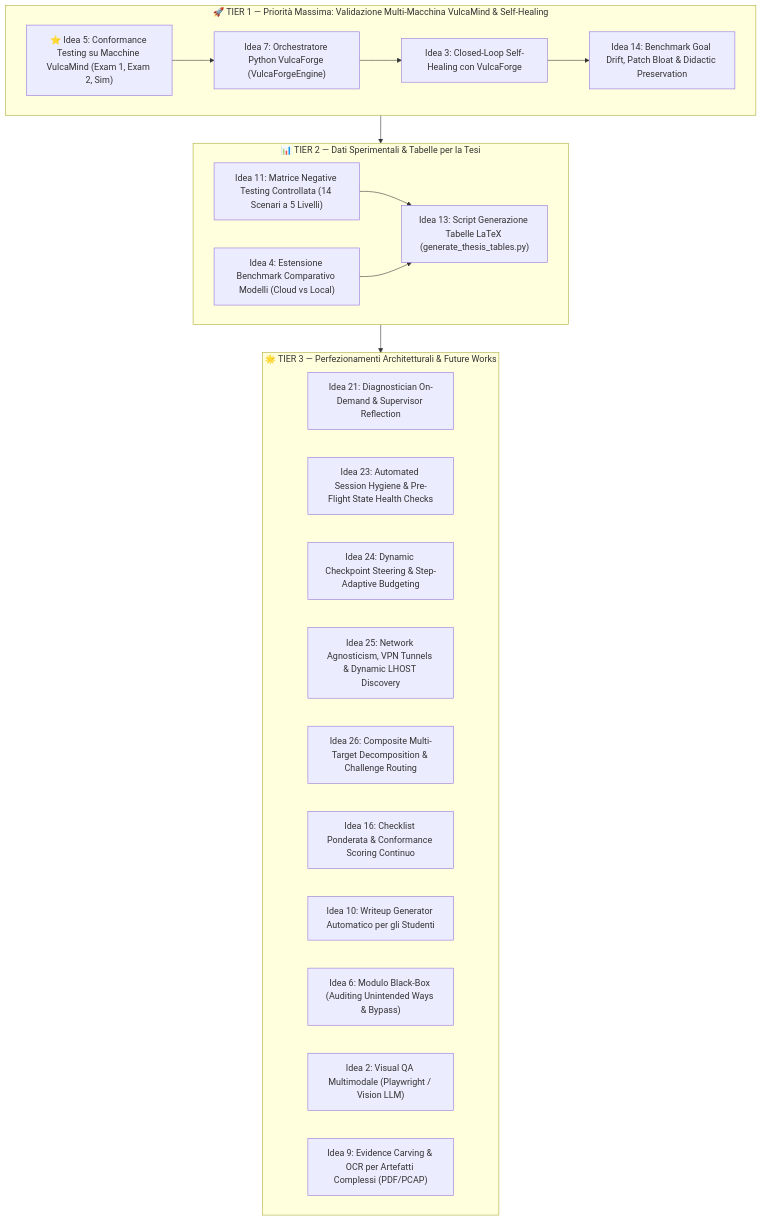
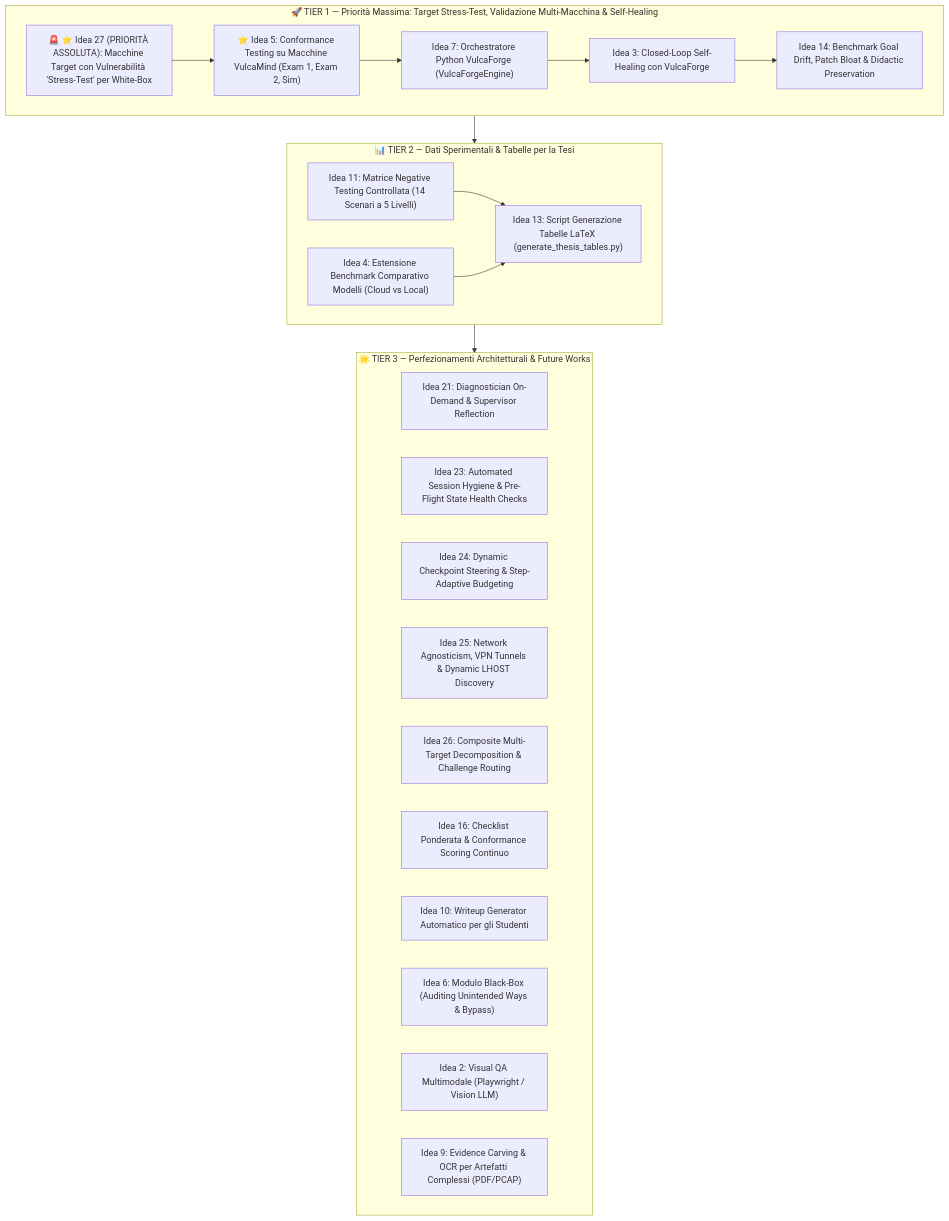
One commit to likingaxis/UNIVE changed the diagram in content/UNI/ANNO 3/TESI/IDEE SPARSE.md. Above: the diagram before and after it, drawn with Mermaid. The commit also changed other lines of this file and 3 other files, not shown here.

````diff
--- a/content/UNI/ANNO 3/TESI/IDEE SPARSE.md
+++ b/content/UNI/ANNO 3/TESI/IDEE SPARSE.md
@@ -12,34 +12,35 @@
 ```mermaid
 flowchart TD
-    subgraph TIER1 ["🚀 TIER 1 — Priorità Massima: Validazione Multi-Macchina VulcaMind & Self-Healing"]
+    subgraph TIER1 ["🚀 TIER 1 — Priorità Massima: Target Stress-Test, Validazione Multi-Macchina & Self-Healing"]
+        I27["🚨 ⭐ Idea 27 (PRIORITÀ ASSOLUTA): Macchine Target con Vulnerabilità 'Stress-Test' per White-Box"]
         I5["⭐ Idea 5: Conformance Testing su Macchine VulcaMind (Exam 1, Exam 2, Sim)"]
         I7["Idea 7: Orchestratore Python VulcaForge (VulcaForgeEngine)"]
         I3["Idea 3: Closed-Loop Self-Healing con VulcaForge"]
         I14["Idea 14: Benchmark Goal Drift, Patch Bloat & Didactic Preservation"]
-        I5 --> I7 --> I3 --> I14
+        I27 --> I5 --> I7 --> I3 --> I14
     end
 
     subgraph TIER2 ["📊 TIER 2 — Dati Sperimentali & Tabelle per la Tesi"]
         I11["Idea 11: Matrice Negative Testing Controllata (14 Scenari a 5 Livelli)"]
         I4["Idea 4: Estensione Benchmark Comparativo Modelli (Cloud vs Local)"]
         I13["Idea 13: Script Generazione Tabelle LaTeX (generate_thesis_tables.py)"]
         I11 --> I13
         I4 --> I13
     end
 
     subgraph TIER3 ["🌟 TIER 3 — Perfezionamenti Architetturali & Future Works"]
         I21["Idea 21: Diagnostician On-Demand & Supervisor Reflection"]
         I23["Idea 23: Automated Session Hygiene & Pre-Flight State Health Checks"]
         I24["Idea 24: Dynamic Checkpoint Steering & Step-Adaptive Budgeting"]
         I25["Idea 25: Network Agnosticism, VPN Tunnels & Dynamic LHOST Discovery"]
         I26["Idea 26: Composite Multi-Target Decomposition & Challenge Routing"]
         I16["Idea 16: Checklist Ponderata & Conformance Scoring Continuo"]
         I10["Idea 10: Writeup Generator Automatico per gli Studenti"]
         I6["Idea 6: Modulo Black-Box (Auditing Unintended Ways & Bypass)"]
         I2["Idea 2: Visual QA Multimodale (Playwright / Vision LLM)"]
         I9["Idea 9: Evidence Carving & OCR per Artefatti Complessi (PDF/PCAP)"]
     end
 
     TIER1 --> TIER2
     TIER2 --> TIER3
 ```
````
